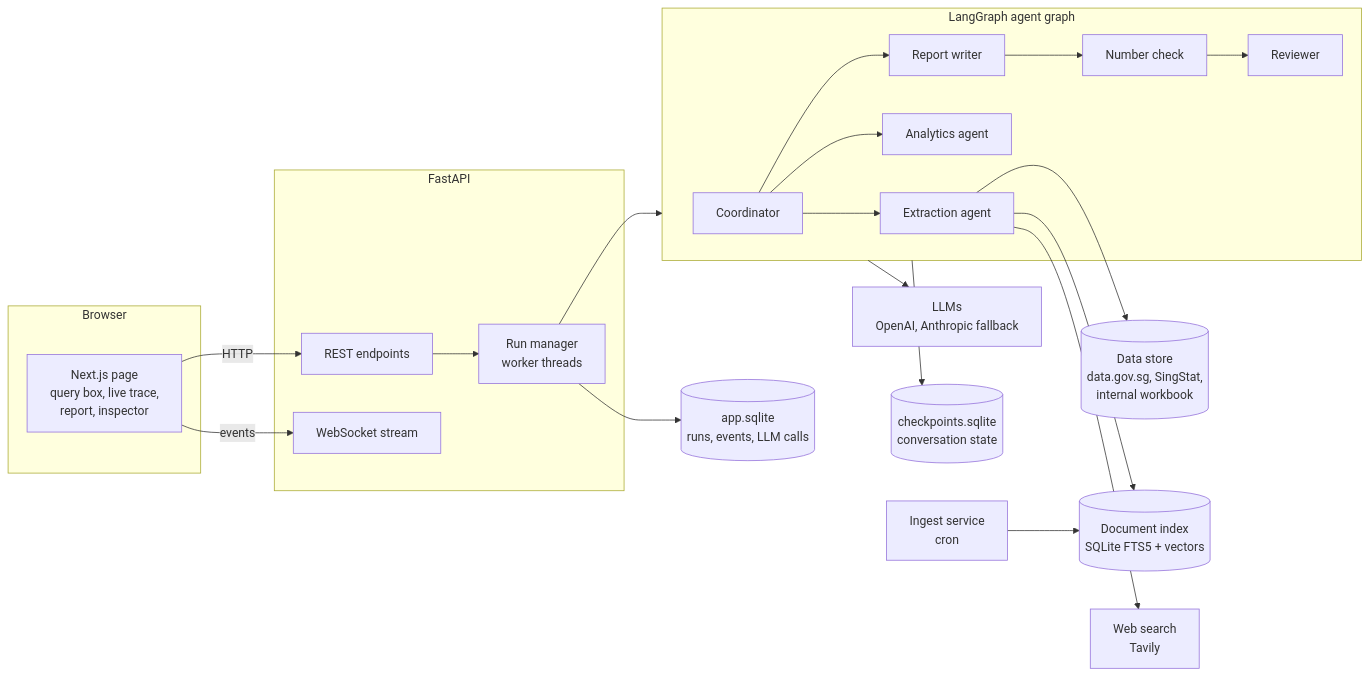
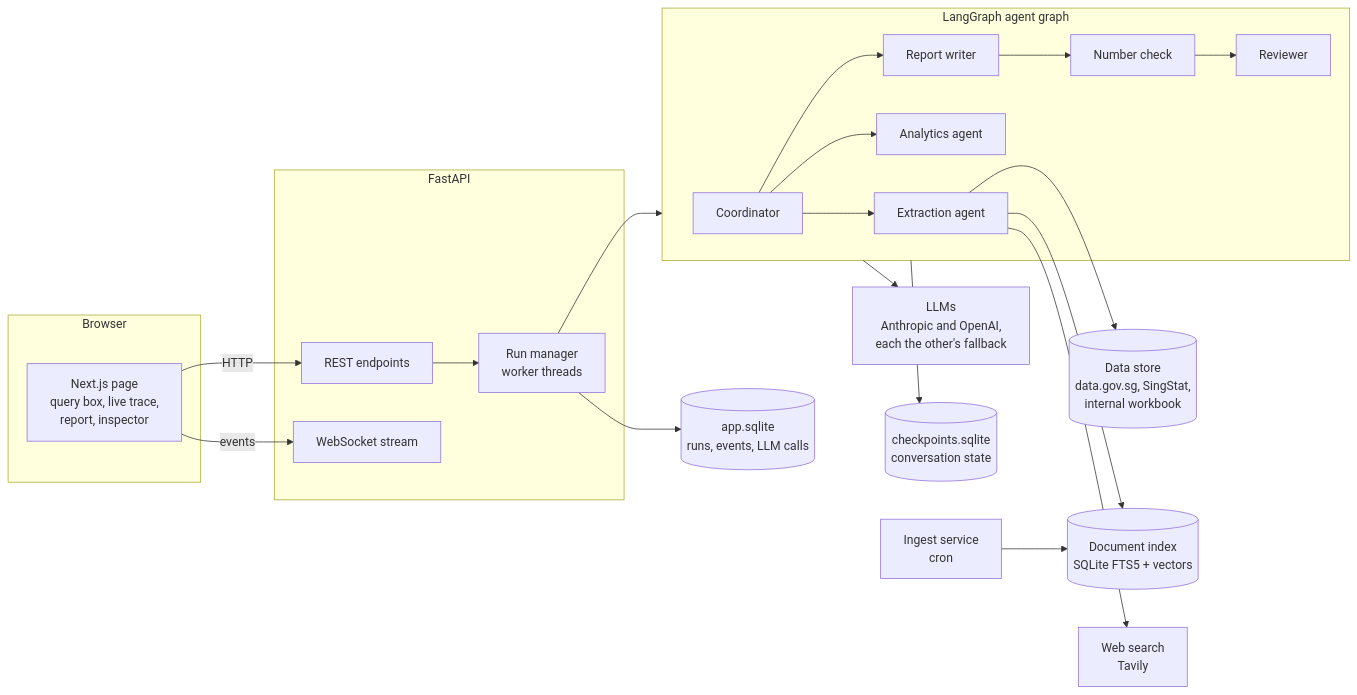
The first of 4 diagrams in ARCHITECTURE.md (garygsw/agentic-policy-analytics), drawn with Mermaid before and after one commit. The commit also changed other lines of this file and 6 other files, not shown here.

First line of the commit message:
docs: pre-submission pass over README, ARCHITECTURE, TESTING and DATA_SOURCES

````diff
--- a/ARCHITECTURE.md
+++ b/ARCHITECTURE.md
@@ -11,26 +11,26 @@
 ```mermaid
 flowchart LR
   subgraph Browser
     UI[Next.js page<br/>query box, live trace,<br/>report, inspector]
   end
   subgraph API[FastAPI]
     REST[REST endpoints]
     WS[WebSocket stream]
     RM[Run manager<br/>worker threads]
   end
   subgraph Graph[LangGraph agent graph]
     CO[Coordinator] --> EX[Extraction agent]
     CO --> AN[Analytics agent]
     CO --> RW[Report writer] --> VC[Number check] --> RV[Reviewer]
   end
   UI -- HTTP --> REST
   UI -- events --> WS
   REST --> RM --> Graph
   EX --> DS[(Data store<br/>data.gov.sg, SingStat,<br/>internal workbook)]
   EX --> IDX[(Document index<br/>SQLite FTS5 + vectors)]
   EX --> WEB[Web search<br/>Tavily]
-  Graph --> LLM[LLMs<br/>OpenAI, Anthropic fallback]
+  Graph --> LLM[LLMs<br/>Anthropic and OpenAI,<br/>each the other's fallback]
   RM --> APPDB[(app.sqlite<br/>runs, events, LLM calls)]
   Graph --> CK[(checkpoints.sqlite<br/>conversation state)]
   ING[Ingest service<br/>cron] --> IDX
 ```
````
